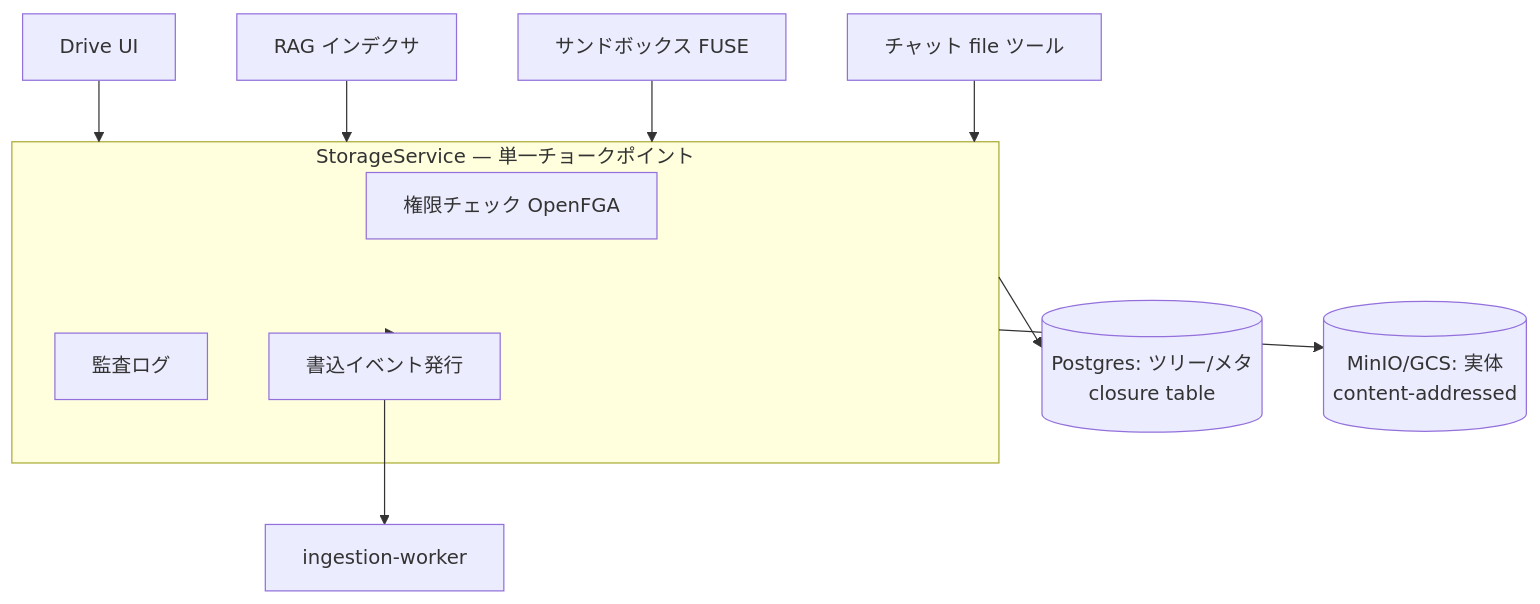
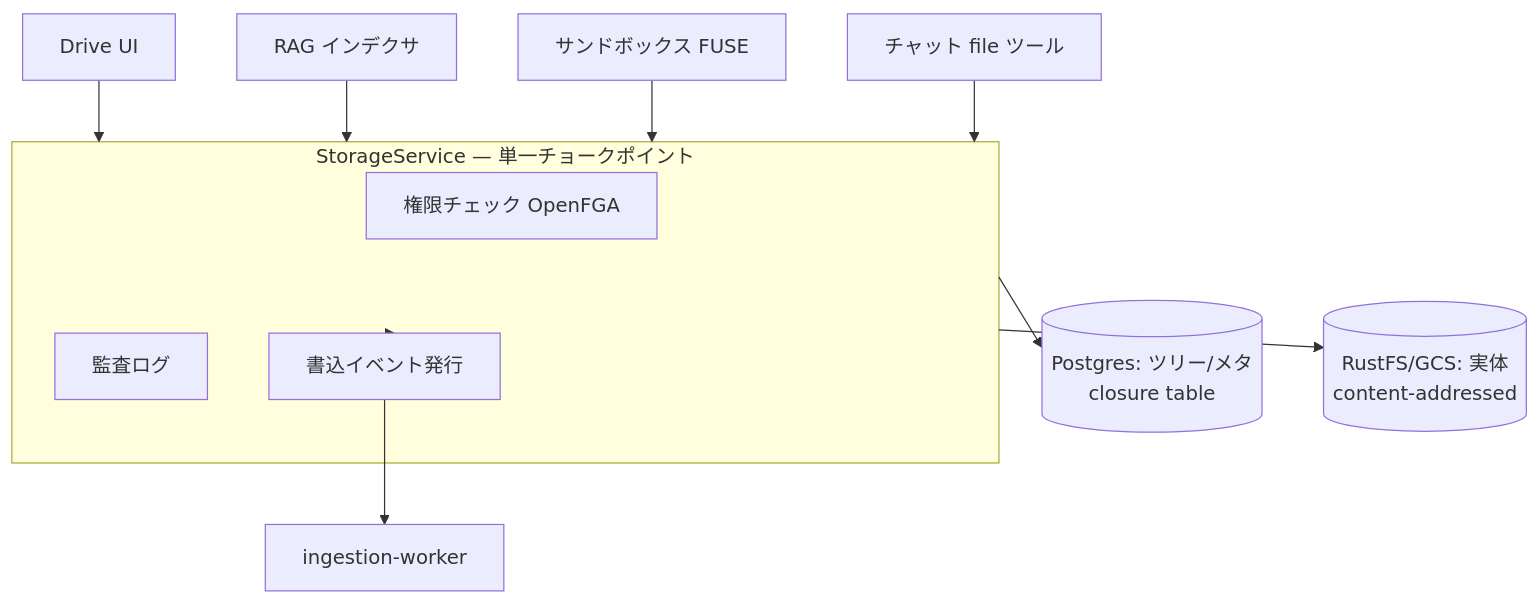
One commit to imanect-labs/shiki-platform changed the fifth of 10 diagrams in docs/design.md. Above: the diagram before and after it, drawn with Mermaid. The commit also changed other lines of this file and 19 other files, not shown here.

First line of the commit message:
feat(storage): オブジェクトストアを MinIO から RustFS へ差し替える (#499)

````diff
--- a/docs/design.md
+++ b/docs/design.md
@@ -232,17 +232,17 @@
 ```mermaid
 flowchart TB
   subgraph SS[StorageService — 単一チョークポイント]
     perm[権限チェック OpenFGA]
     audit[監査ログ]
     evt[書込イベント発行]
   end
   meta[(Postgres: ツリー/メタ<br/>closure table)]
-  blob[(MinIO/GCS: 実体<br/>content-addressed)]
+  blob[(RustFS/GCS: 実体<br/>content-addressed)]
   client1[Drive UI] --> SS
   client2[RAG インデクサ] --> SS
   client3[サンドボックス FUSE] --> SS
   client4[チャット file ツール] --> SS
   SS --> meta & blob
   SS --> evt
   evt --> ingest[ingestion-worker]
 ```
````
